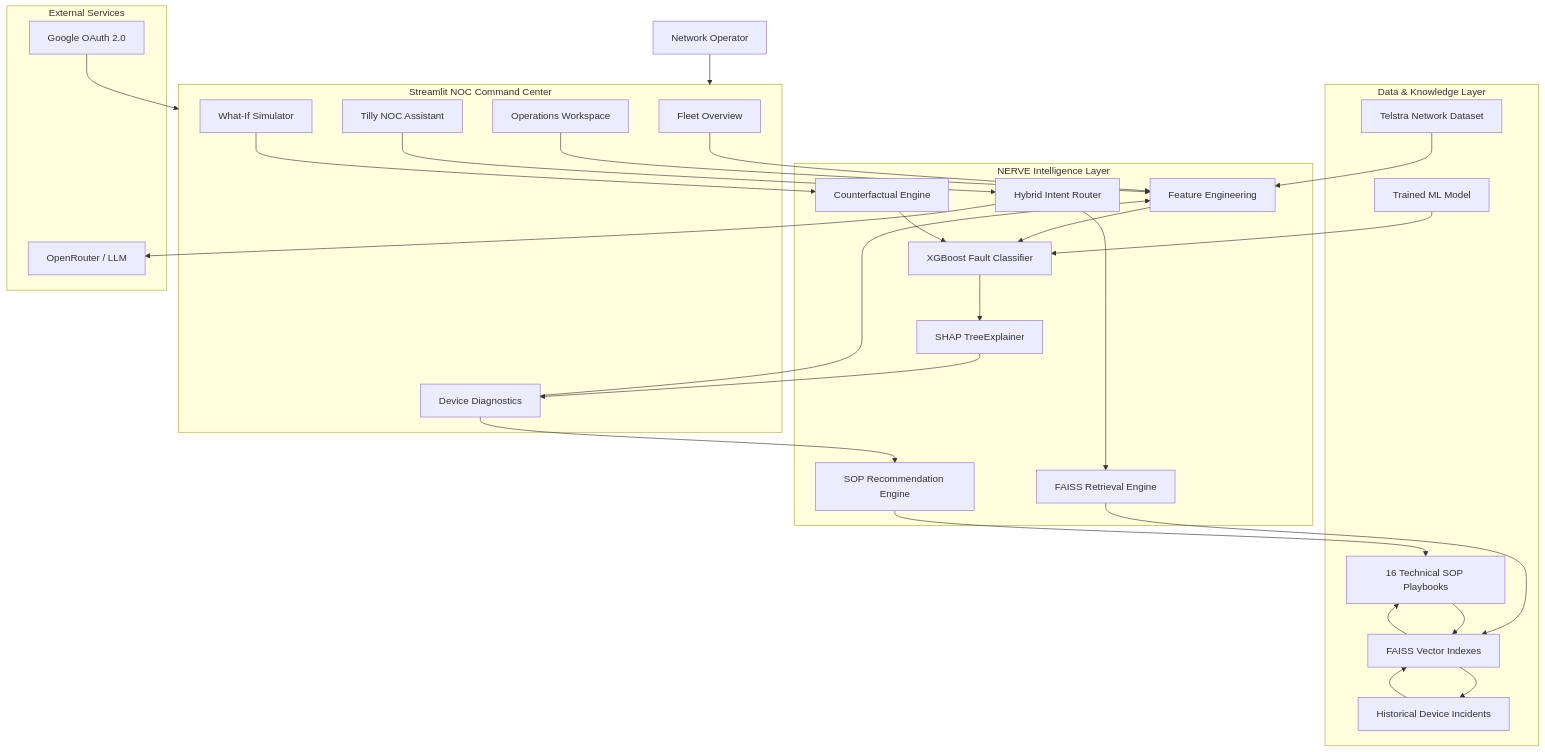
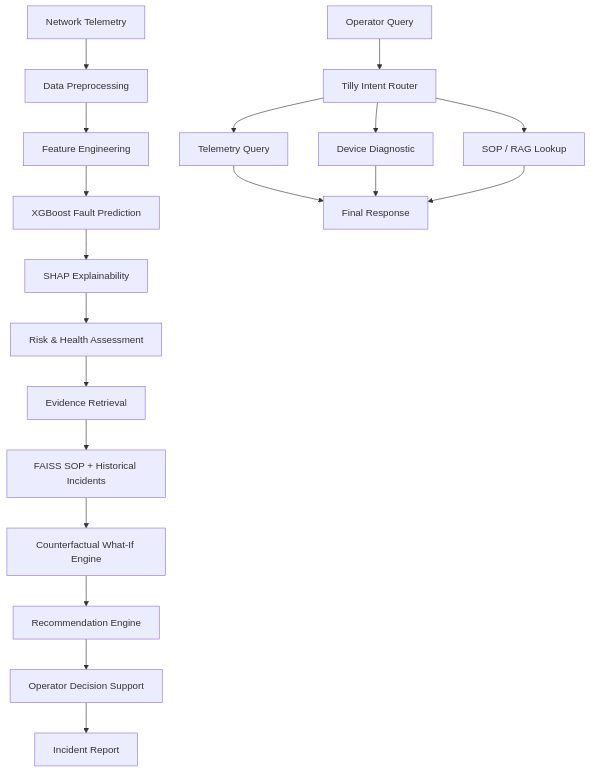
One commit to Geethanjaliii/NERVE-NOC changed the diagram in README.md. Above: the diagram before and after it, drawn with Mermaid. The commit also changed other lines of this file, not shown here.

````diff
--- a/README.md
+++ b/README.md
@@ -47,66 +128,22 @@
 ```mermaid
-flowchart TB
+flowchart TD
+    A[Network Telemetry] --> B[Data Preprocessing]
+    B --> C[Feature Engineering]
+    C --> D[XGBoost Fault Prediction]
+    D --> E[SHAP Explainability]
+    E --> F[Risk & Health Assessment]
+    F --> G[Evidence Retrieval]
+    G --> H[FAISS SOP + Historical Incidents]
+    H --> I[Counterfactual What-If Engine]
+    I --> J[Recommendation Engine]
+    J --> K[Operator Decision Support]
+    K --> L[Incident Report]
 
-    U[Network Operator]
-
-    subgraph UI["Streamlit NOC Command Center"]
-        F[Fleet Overview]
-        O[Operations Workspace]
-        D[Device Diagnostics]
-        W[What-If Simulator]
-        T[Tilly NOC Assistant]
-    end
-
-    subgraph CORE["NERVE Intelligence Layer"]
-        FE[Feature Engineering]
-        ML[XGBoost Fault Classifier]
-        SHAP[SHAP TreeExplainer]
-        RAG[FAISS Retrieval Engine]
-        IR[Hybrid Intent Router]
-        REC[SOP Recommendation Engine]
-        CF[Counterfactual Engine]
-    end
-
-    subgraph DATA["Data & Knowledge Layer"]
-        TEL[Telstra Network Dataset]
-        DEV[Historical Device Incidents]
-        SOP[16 Technical SOP Playbooks]
-        IDX[FAISS Vector Indexes]
-        MOD[Trained ML Model]
-    end
-
-    subgraph EXT["External Services"]
-        LLM[OpenRouter / LLM]
-        AUTH[Google OAuth 2.0]
-    end
-
-    U --> UI
-
-    F --> FE
-    O --> FE
-    D --> FE
-    W --> CF
-    T --> IR
-
-    FE --> ML
-    ML --> SHAP
-    SHAP --> D
-
-    IR --> RAG
-    RAG --> IDX
-    IDX --> SOP
-    IDX --> DEV
-
-    IR --> LLM
-    D --> REC
-    REC --> SOP
-
-    CF --> ML
-
-    TEL --> FE
-    DEV --> IDX
-    SOP --> IDX
-    MOD --> ML
-
-    AUTH --> UI
+    M[Operator Query] --> N[Tilly Intent Router]
+    N --> O[Telemetry Query]
+    N --> P[Device Diagnostic]
+    N --> Q[SOP / RAG Lookup]
+    O --> R[Final Response]
+    P --> R
+    Q --> R
 ```
````
